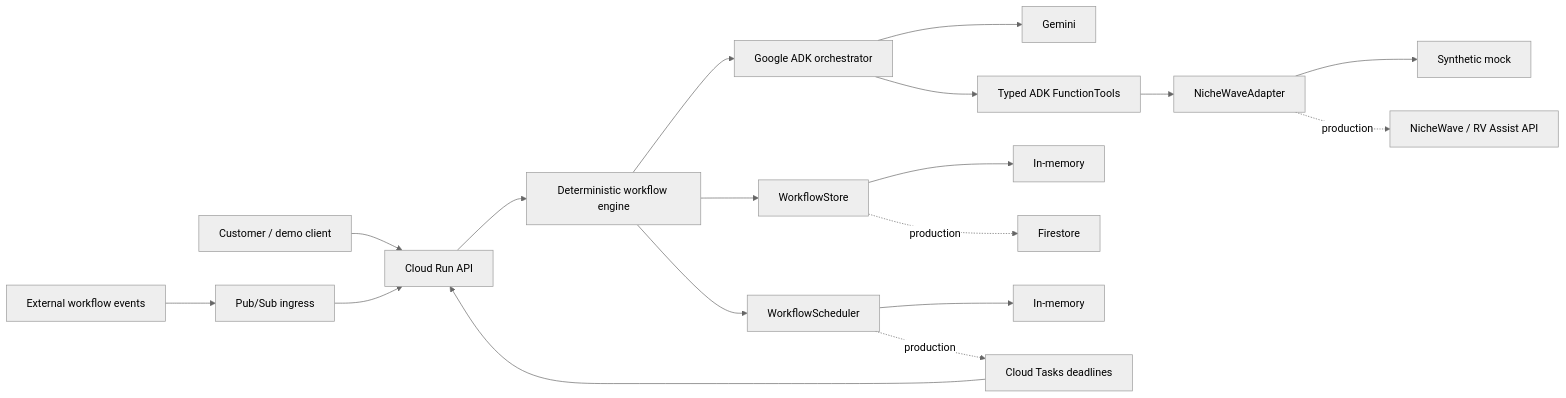
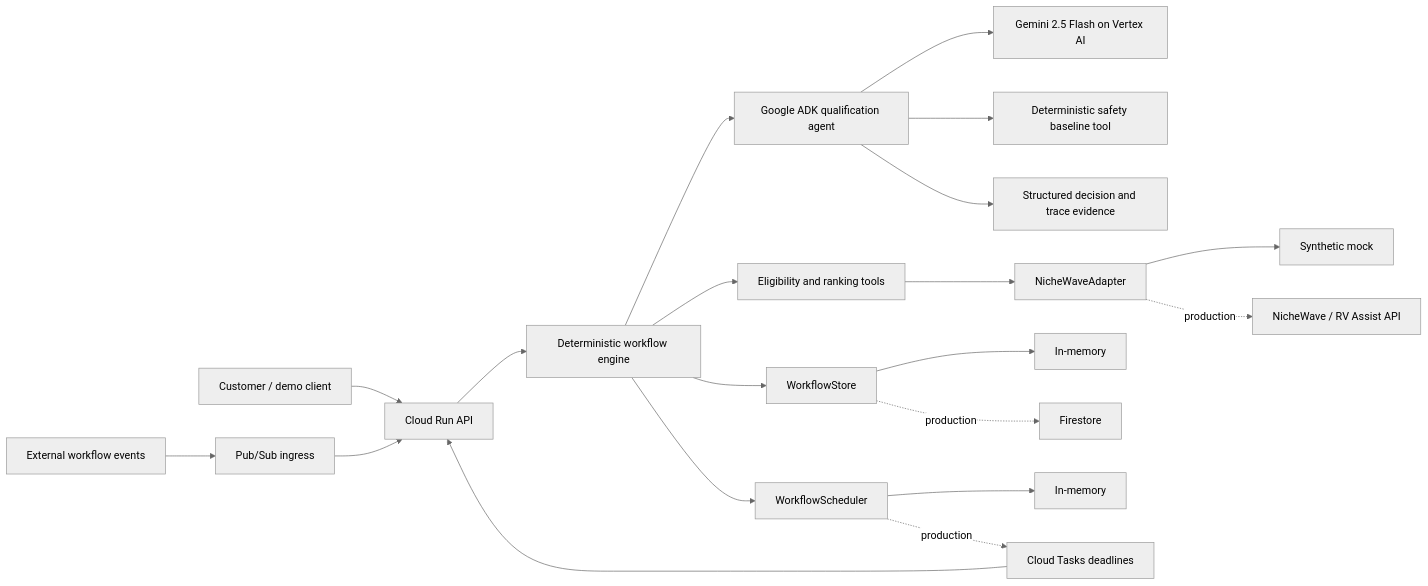
One commit to kibukamusoke/rv-assist-autopilot changed the diagram in docs/technical/architecture.mmd. Above: the diagram before and after it, drawn with Mermaid (neutral theme). The commit also changed 20 other files, not shown here.

Commit message:
feat: run live qualification through Google ADK

```diff
--- a/docs/technical/architecture.mmd
+++ b/docs/technical/architecture.mmd
@@ -1,19 +1,21 @@
 %% Editable source for the deployed technical architecture.
 flowchart LR
     Client["Customer / demo client"] --> API["Cloud Run API"]
     API --> Workflow["Deterministic workflow engine"]
-    Workflow --> ADK["Google ADK orchestrator"]
-    ADK --> Gemini["Gemini"]
-    ADK --> Tools["Typed ADK FunctionTools"]
+    Workflow --> ADK["Google ADK qualification agent"]
+    ADK --> Gemini["Gemini 2.5 Flash on Vertex AI"]
+    ADK --> Safety["Deterministic safety baseline tool"]
+    ADK --> Trace["Structured decision and trace evidence"]
+    Workflow --> Tools["Eligibility and ranking tools"]
     Tools --> NW["NicheWaveAdapter"]
     NW --> Mock["Synthetic mock"]
     NW -. production .-> External["NicheWave / RV Assist API"]
     Workflow --> Store["WorkflowStore"]
     Store --> Memory["In-memory"]
     Store -. production .-> Firestore["Firestore"]
     Workflow --> Scheduler["WorkflowScheduler"]
     Scheduler --> Local["In-memory"]
     Scheduler -. production .-> Tasks["Cloud Tasks deadlines"]
     Events["External workflow events"] --> PubSub["Pub/Sub ingress"]
     PubSub --> API
     Tasks --> API
```
